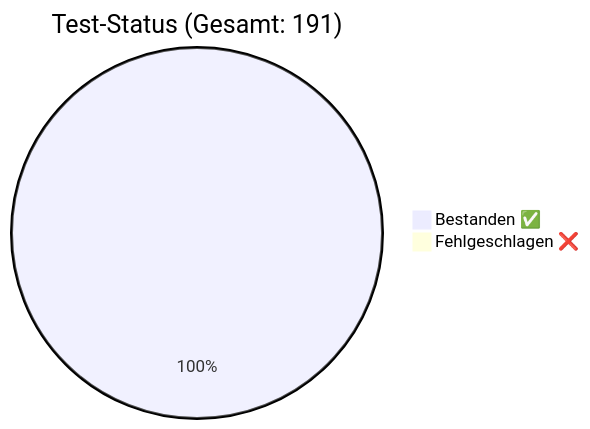
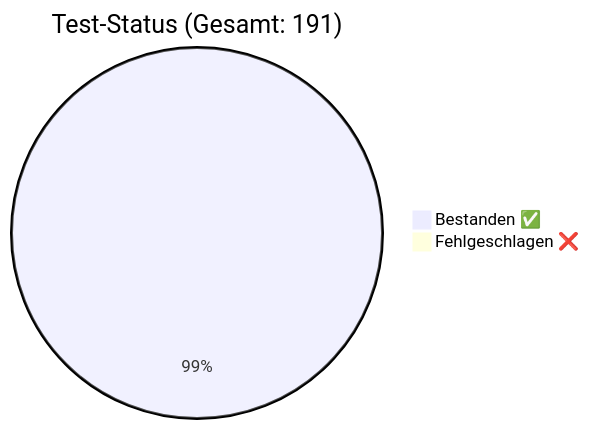
One commit to rorila/GCS changed the diagram in docs/QA_Report.md. Above: the diagram before and after it, drawn with Mermaid. The commit also changed other lines of this file and 8 other files, not shown here.

````diff
--- a/docs/QA_Report.md
+++ b/docs/QA_Report.md
@@ -7,5 +7,5 @@
 ```mermaid
 pie title Test-Status (Gesamt: 191)
-    "Bestanden ✅" : 191
-    "Fehlgeschlagen ❌" : 0
+    "Bestanden ✅" : 190
+    "Fehlgeschlagen ❌" : 1
 ```
````
